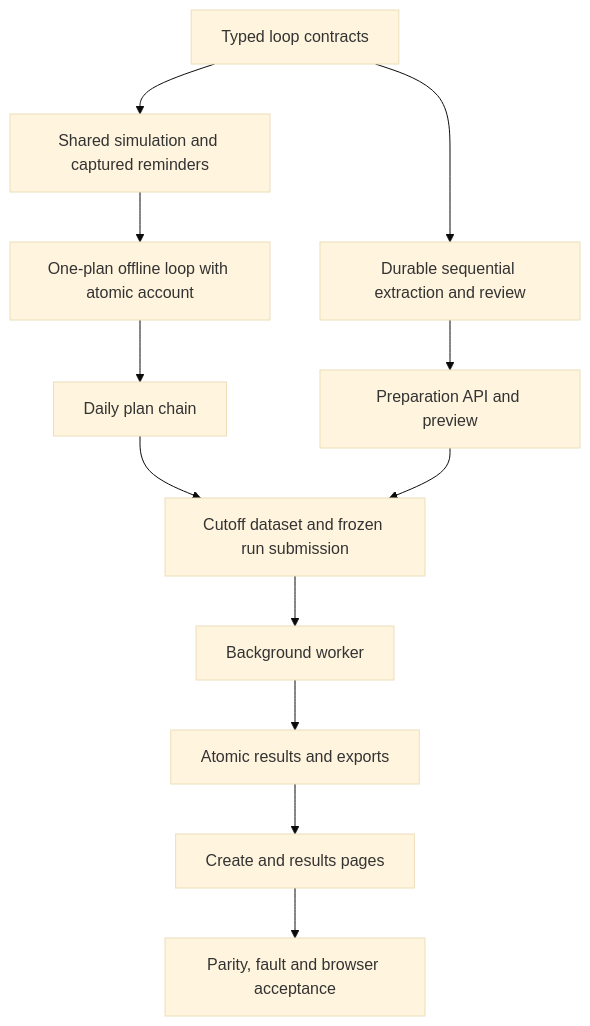
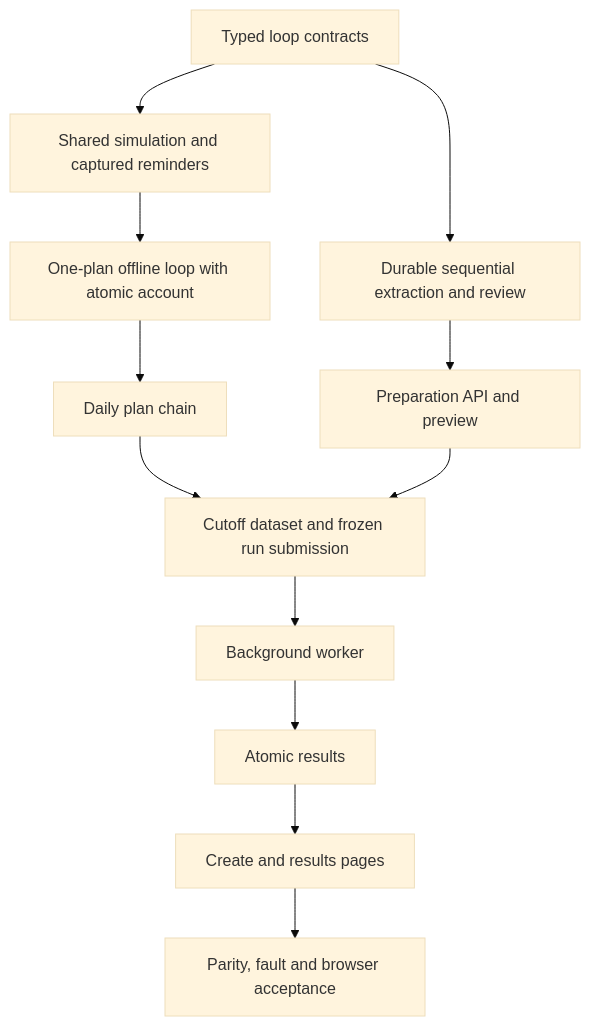
Before and after one commit to xiedc1227-bot/trade-plan-monitor: the diagram in tasks/plan.md, drawn with Mermaid (base theme). The commit also changed other lines of this file and 34 other files, not shown here.

````diff
--- a/tasks/plan.md
+++ b/tasks/plan.md
@@ -32,14 +34,14 @@
 ```mermaid
 flowchart TD
     A[Typed loop contracts] --> B[Shared simulation and captured reminders]
     B --> C[One-plan offline loop with atomic account]
     C --> D[Daily plan chain]
     A --> E[Durable sequential extraction and review]
     E --> F[Preparation API and preview]
     D --> G[Cutoff dataset and frozen run submission]
     F --> G
     G --> H[Background worker]
-    H --> I[Atomic results and exports]
+    H --> I[Atomic results]
     I --> J[Create and results pages]
     J --> K[Parity, fault and browser acceptance]
 ```
````
